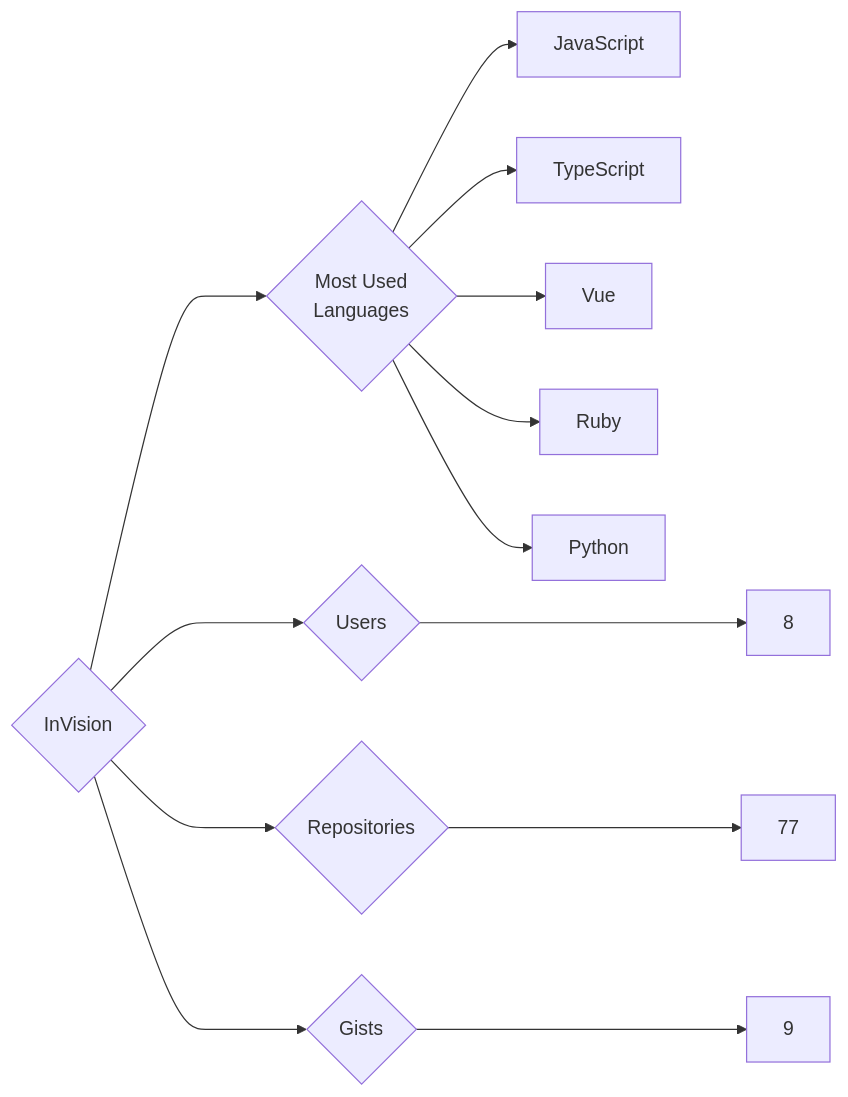
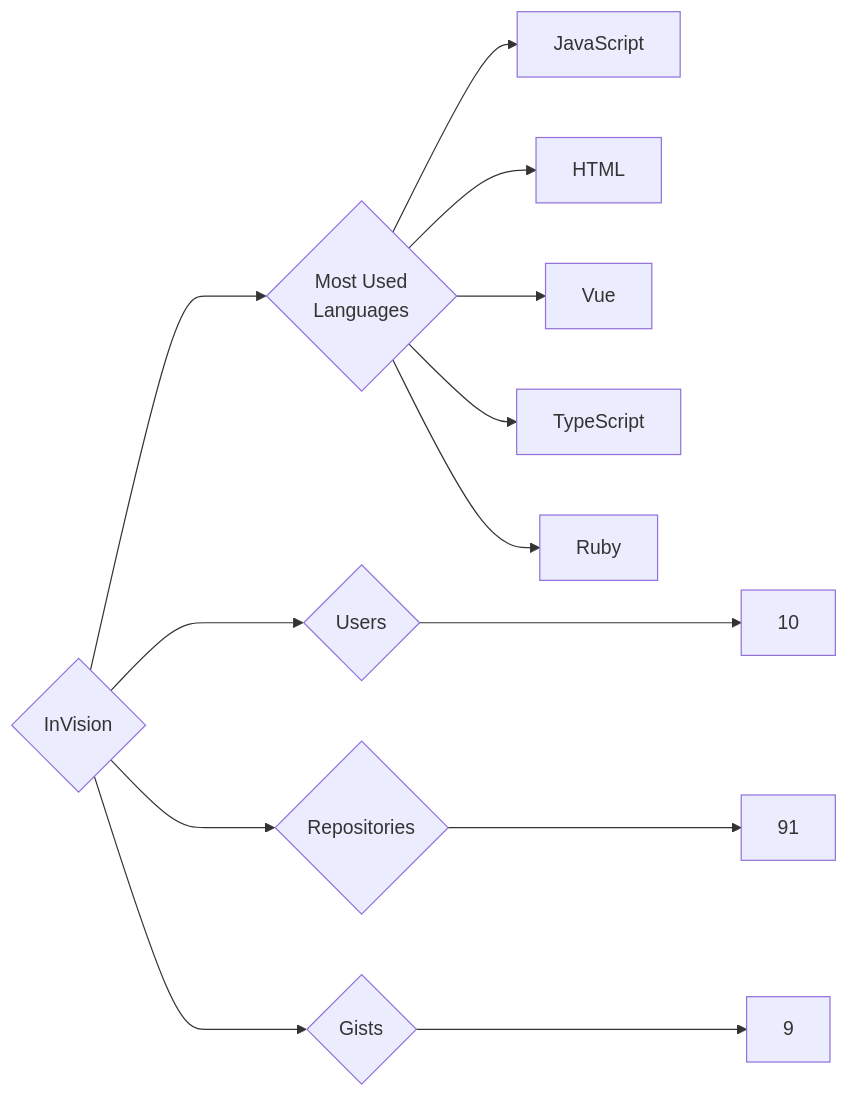
The diagram in targets/InVision/README.md (trickest/insiders), drawn with Mermaid before and after one commit. The commit also changed 951 other files, not shown here.

````diff
--- a/targets/InVision/README.md
+++ b/targets/InVision/README.md
@@ -3,13 +3,13 @@
 ```mermaid
 graph LR
 COMPANY_NAME{InVision}
-COMPANY_NAME ---> U{Users} ---> UN[8]
-COMPANY_NAME ---> R{Repositories} ---> RN[77]
+COMPANY_NAME ---> U{Users} ---> UN[10]
+COMPANY_NAME ---> R{Repositories} ---> RN[91]
 COMPANY_NAME ---> G{Gists} ---> GN[9]
 COMPANY_NAME ---> ML{Most Used<br>Languages}
-ML --> JavaScript
-ML --> TypeScript
-ML --> Vue
-ML --> Ruby
-ML --> Python
+ML --> JavaScript[JavaScript]
+ML --> HTML[HTML]
+ML --> Vue[Vue]
+ML --> TypeScript[TypeScript]
+ML --> Ruby[Ruby]
 ```
````
